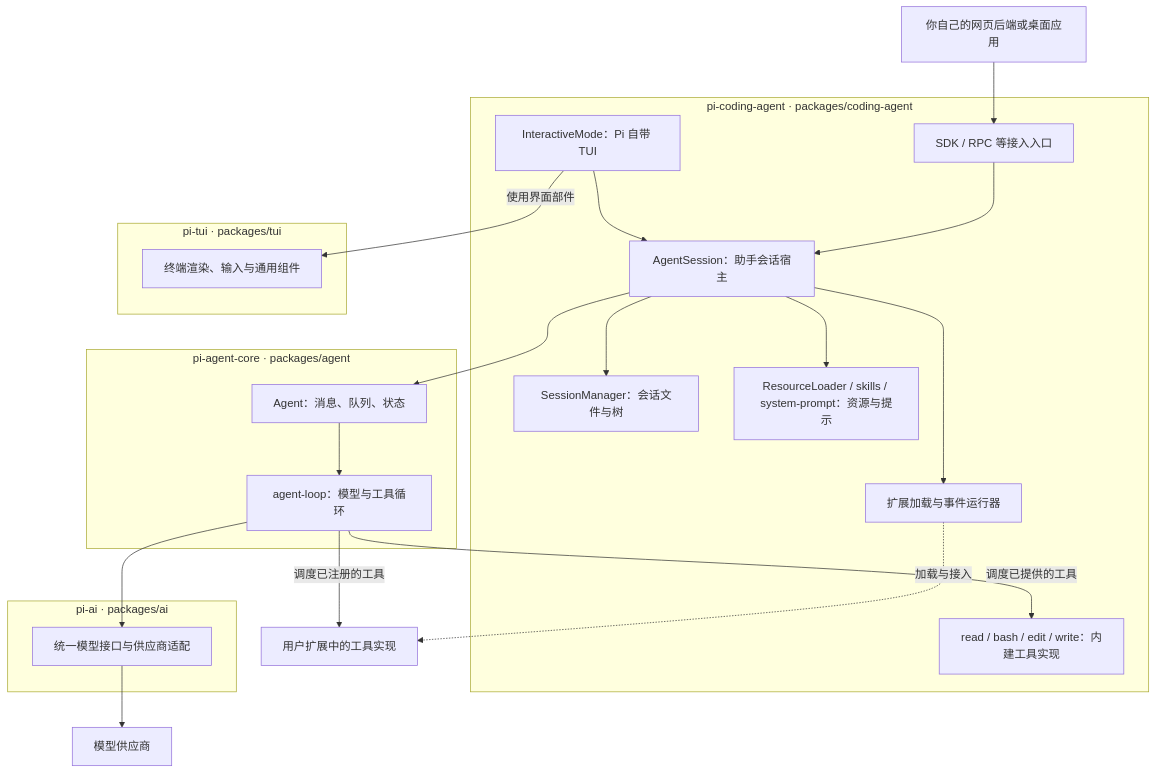
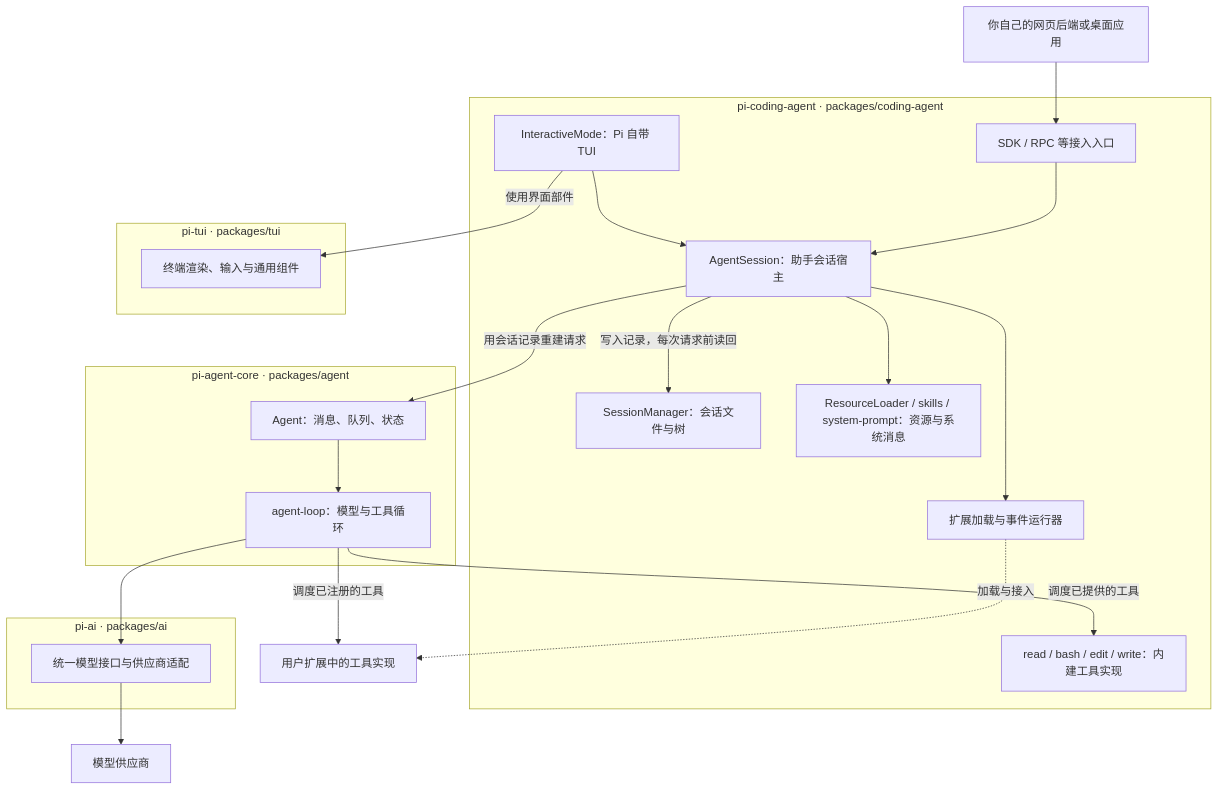
The first of 2 diagrams in book/02-runtime.md (Dante-dan/pi-agent-book), drawn with Mermaid before and after one commit. The commit also changed 4 other files, not shown here.

Commit message:
Update Mermaid diagrams for Pi 0.87.1 and rerun syntax check

````diff
--- a/book/02-runtime.md
+++ b/book/02-runtime.md
@@ -39,44 +39,44 @@
 ```mermaid
 flowchart TB
   APP["你自己的网页后端或桌面应用"]
   PROVIDER["模型供应商"]
   CUSTOM["用户扩展中的工具实现"]
 
   subgraph CA["pi-coding-agent · packages/coding-agent"]
     UI["InteractiveMode：Pi 自带 TUI"]
     ENTRY["SDK / RPC 等接入入口"]
     SESSION["AgentSession：助手会话宿主"]
     STORE["SessionManager：会话文件与树"]
-    RES["ResourceLoader / skills / system-prompt：资源与提示"]
+    RES["ResourceLoader / skills / system-prompt：资源与系统消息"]
     EXT["扩展加载与事件运行器"]
     BUILTIN["read / bash / edit / write：内建工具实现"]
     UI --> SESSION
     ENTRY --> SESSION
-    SESSION --> STORE
+    SESSION -->|写入记录，每次请求前读回| STORE
     SESSION --> RES
     SESSION --> EXT
   end
 
   subgraph CORE["pi-agent-core · packages/agent"]
     AGENT["Agent：消息、队列、状态"]
     LOOP["agent-loop：模型与工具循环"]
     AGENT --> LOOP
   end
 
   subgraph AI["pi-ai · packages/ai"]
     ADAPTER["统一模型接口与供应商适配"]
   end
 
   subgraph TUI["pi-tui · packages/tui"]
     WIDGETS["终端渲染、输入与通用组件"]
   end
 
   APP --> ENTRY
   UI -->|使用界面部件| WIDGETS
-  SESSION --> AGENT
+  SESSION -->|用会话记录重建请求| AGENT
   LOOP --> ADAPTER
   ADAPTER --> PROVIDER
   LOOP -->|调度已提供的工具| BUILTIN
   LOOP -->|调度已注册的工具| CUSTOM
   EXT -.->|加载与接入| CUSTOM
 ```
````
